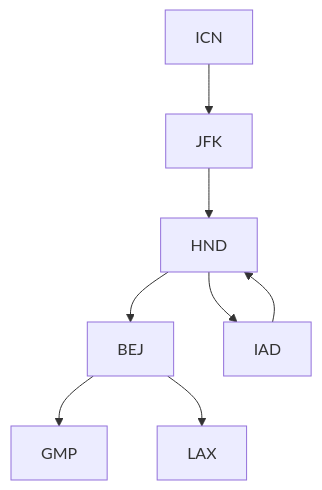
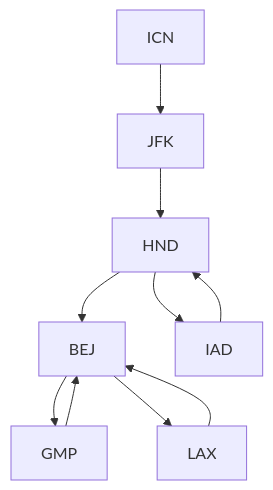
One commit to thinkjin99/my_study changed the diagram in algorithm/DFS.md. Above: the diagram before and after it, drawn with Mermaid. The commit also changed other lines of this file and 1 other file, not shown here.

````diff
--- a/algorithm/DFS.md
+++ b/algorithm/DFS.md
@@ -103,10 +103,12 @@
 ```mermaid
 graph TD;
     ICN --> JFK;
     JFK --> HND;
     HND --> BEJ;
     BEJ --> GMP;
+    GMP --> BEJ;
     HND --> IAD;
     BEJ --> LAX;
+    LAX --> BEJ;
     IAD --> HND;
 ```
````
